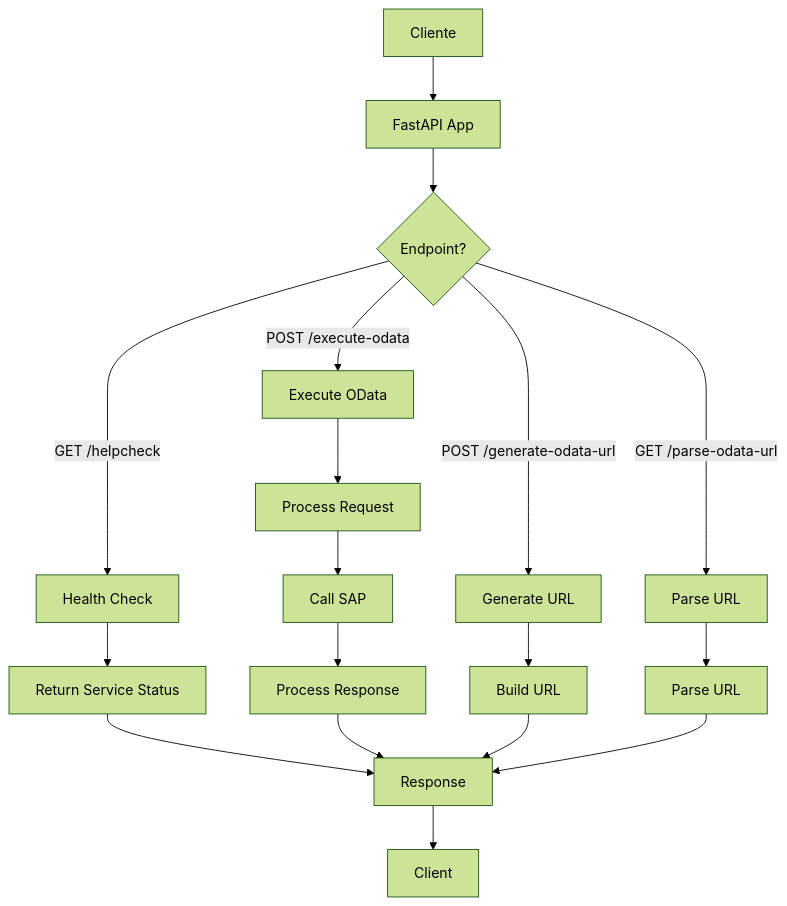
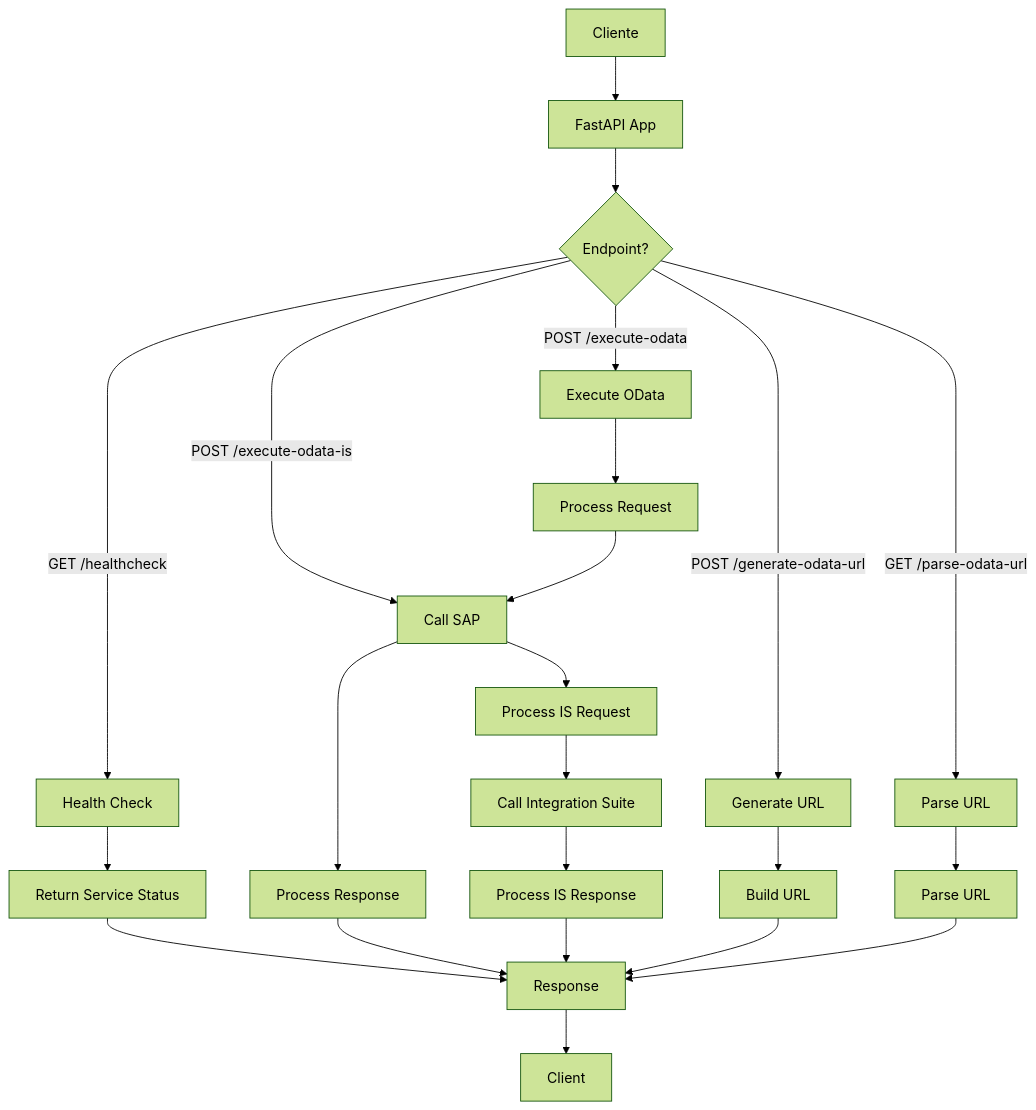
Before and after one commit to TadX09/odata_middleware: the first of 11 diagrams in app/docs/API_FLOW_DIAGRAM.md, drawn with Mermaid (forest theme). The commit also changed other lines of this file and 19 other files, not shown here.

First line of the commit message:
Integration Suite Support

````diff
--- a/app/docs/API_FLOW_DIAGRAM.md
+++ b/app/docs/API_FLOW_DIAGRAM.md
@@ -5,26 +5,32 @@
 ```mermaid
 flowchart TD
     A[Cliente] --> B[FastAPI App]
     B --> C{Endpoint?}
 
-    C -->|GET /helpcheck| D[Health Check]
+    C -->|GET /healthcheck| D[Health Check]
     C -->|POST /execute-odata| E[Execute OData]
+    C -->|POST /execute-odata-is| E2[Execute OData IS]
     C -->|POST /generate-odata-url| F[Generate URL]
     C -->|GET /parse-odata-url| G[Parse URL]
 
     D --> D1[Return Service Status]
     D1 --> Z[Response]
 
     E --> E1[Process Request]
     E1 --> E2[Call SAP]
     E2 --> E3[Process Response]
     E3 --> Z
 
+    E2 --> E2A[Process IS Request]
+    E2A --> E2B[Call Integration Suite]
+    E2B --> E2C[Process IS Response]
+    E2C --> Z
+
     F --> F1[Build URL]
     F1 --> Z
 
     G --> G1[Parse URL]
     G1 --> Z
 
     Z --> H[Client]
 ```
````
